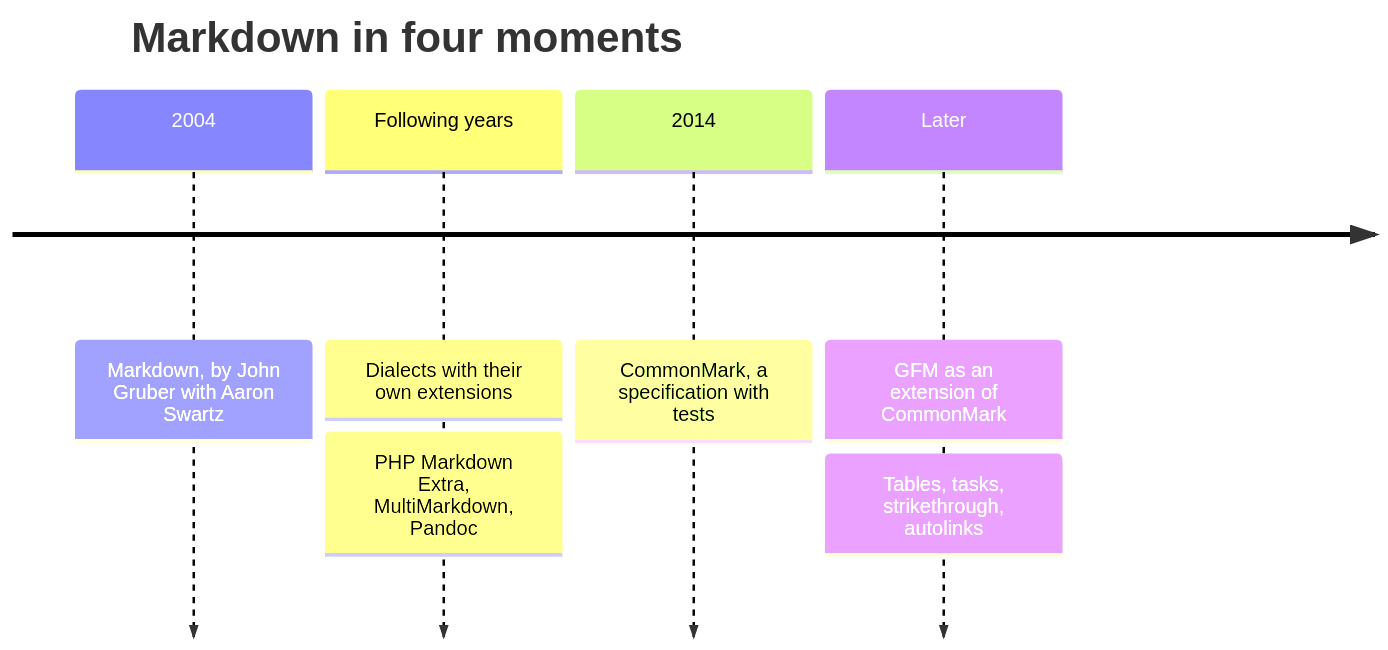
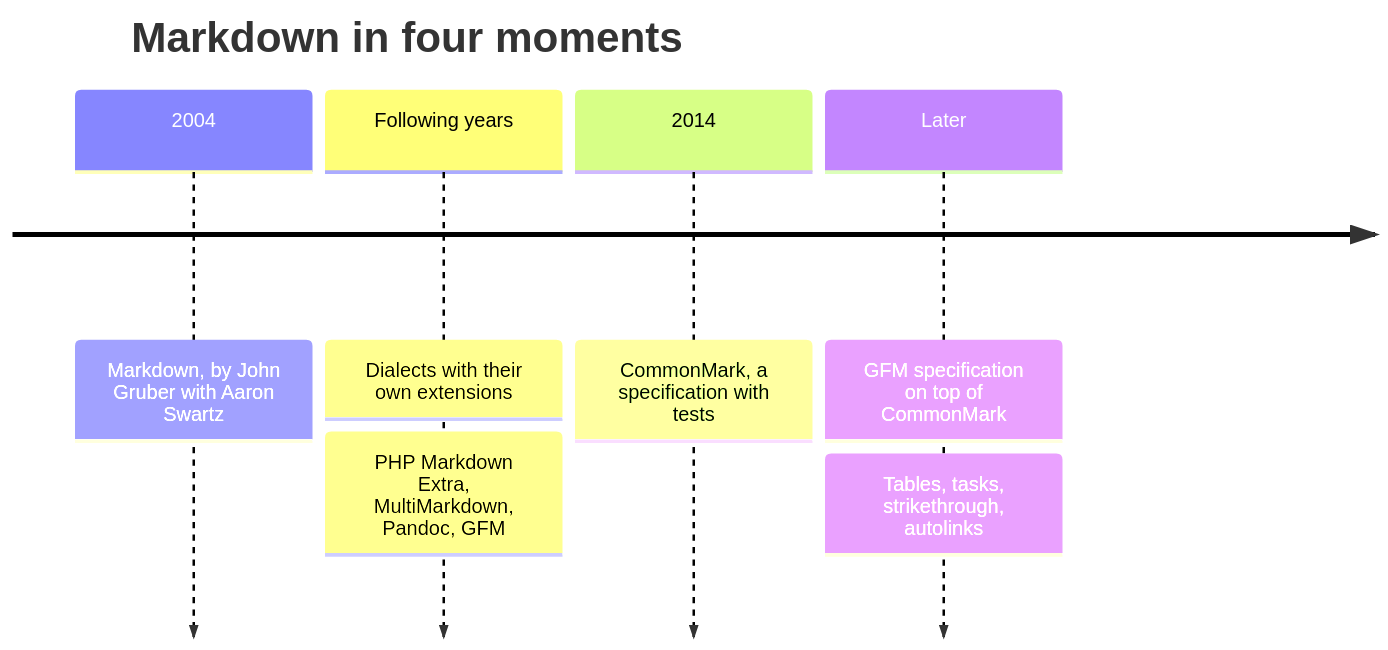
Before and after one commit to moraliasp/leve: the first of 2 diagrams in src/sample/en.md, drawn with Mermaid. The commit also changed other lines of this file and 5 other files, not shown here.

````diff
--- a/src/sample/en.md
+++ b/src/sample/en.md
@@ -25,10 +25,10 @@
 ```mermaid
 timeline
   title Markdown in four moments
   2004 : Markdown, by John Gruber with Aaron Swartz
   Following years : Dialects with their own extensions
-                  : PHP Markdown Extra, MultiMarkdown, Pandoc
+                  : PHP Markdown Extra, MultiMarkdown, Pandoc, GFM
   2014 : CommonMark, a specification with tests
-  Later : GFM as an extension of CommonMark
+  Later : GFM specification on top of CommonMark
         : Tables, tasks, strikethrough, autolinks
 ```
````
